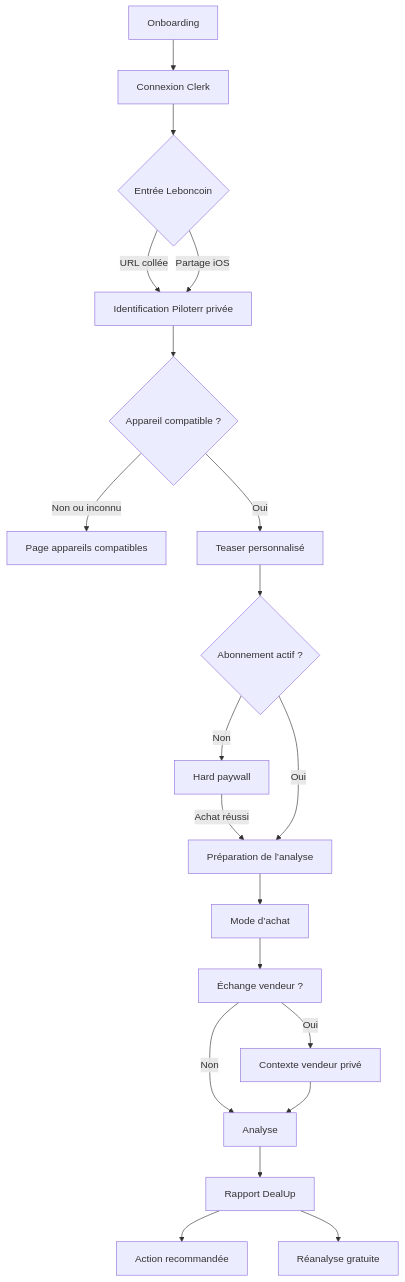
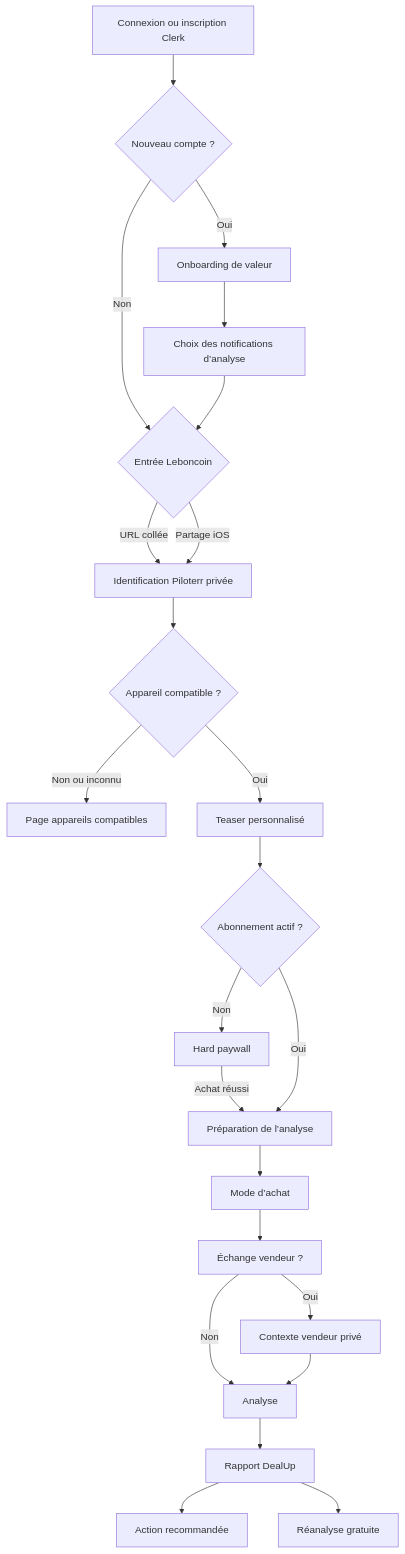
The first of 2 diagrams in docs/product/product.md (Zinoug/dealup), drawn with Mermaid before and after one commit. The commit also changed other lines of this file and 155 other files, not shown here.

````diff
--- a/docs/product/product.md
+++ b/docs/product/product.md
@@ -52,22 +52,25 @@
 ```mermaid
 flowchart TD
-    A["Onboarding"] --> B["Connexion Clerk"]
-    B --> C{"Entrée Leboncoin"}
-    C -->|"URL collée"| D["Identification Piloterr privée"]
-    C -->|"Partage iOS"| D
-    D --> E{"Appareil compatible ?"}
-    E -->|"Non ou inconnu"| F["Page appareils compatibles"]
-    E -->|"Oui"| G["Teaser personnalisé"]
-    G --> H{"Abonnement actif ?"}
-    H -->|"Non"| I["Hard paywall"]
-    I -->|"Achat réussi"| J["Préparation de l’analyse"]
-    H -->|"Oui"| J
-    J --> K["Mode d’achat"]
-    K --> L["Échange vendeur ?"]
-    L -->|"Oui"| M["Contexte vendeur privé"]
-    L -->|"Non"| N["Analyse"]
-    M --> N
-    N --> O["Rapport DealUp"]
-    O --> P["Action recommandée"]
-    O --> Q["Réanalyse gratuite"]
+    A["Connexion ou inscription Clerk"] --> B{"Nouveau compte ?"}
+    B -->|"Oui"| C["Onboarding de valeur"]
+    B -->|"Non"| D{"Entrée Leboncoin"}
+    C --> E["Choix des notifications d’analyse"]
+    E --> D
+    D -->|"URL collée"| F["Identification Piloterr privée"]
+    D -->|"Partage iOS"| F
+    F --> G{"Appareil compatible ?"}
+    G -->|"Non ou inconnu"| H["Page appareils compatibles"]
+    G -->|"Oui"| I["Teaser personnalisé"]
+    I --> J{"Abonnement actif ?"}
+    J -->|"Non"| K["Hard paywall"]
+    K -->|"Achat réussi"| L["Préparation de l’analyse"]
+    J -->|"Oui"| L
+    L --> M["Mode d’achat"]
+    M --> N["Échange vendeur ?"]
+    N -->|"Oui"| O["Contexte vendeur privé"]
+    N -->|"Non"| P["Analyse"]
+    O --> P
+    P --> Q["Rapport DealUp"]
+    Q --> R["Action recommandée"]
+    Q --> S["Réanalyse gratuite"]
 ```
````
